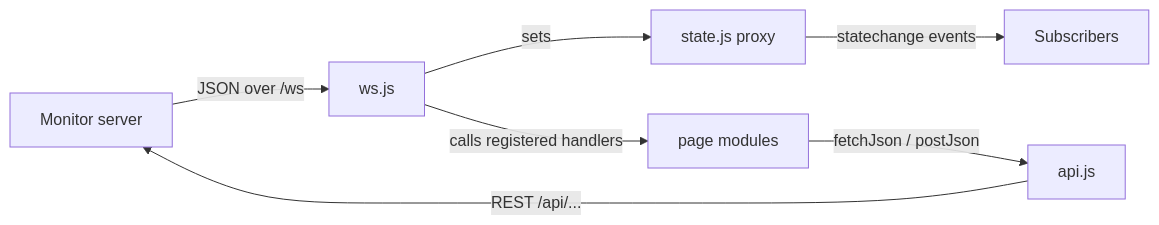
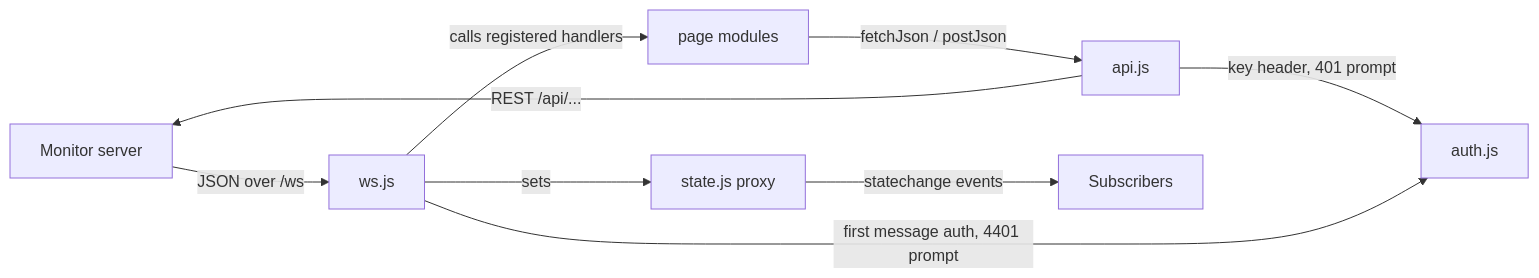
The diagram in src/fsm_llm/monitor/static/services/README.md (NikolasMarkou/fsm_llm), drawn with Mermaid before and after one commit. The commit also changed other lines of this file and 49 other files, not shown here.

````diff
--- a/src/fsm_llm/monitor/static/services/README.md
+++ b/src/fsm_llm/monitor/static/services/README.md
@@ -11,8 +11,10 @@
 ```mermaid
 flowchart LR
     Server[Monitor server] -- JSON over /ws --> WS[ws.js]
     WS -- sets --> State[state.js proxy]
     WS -- calls registered handlers --> Pages[page modules]
     Pages -- fetchJson / postJson --> API[api.js] -- REST /api/... --> Server
+    API -- key header, 401 prompt --> Auth[auth.js]
+    WS -- first message auth, 4401 prompt --> Auth
     State -- statechange events --> Subscribers
 ```
````
